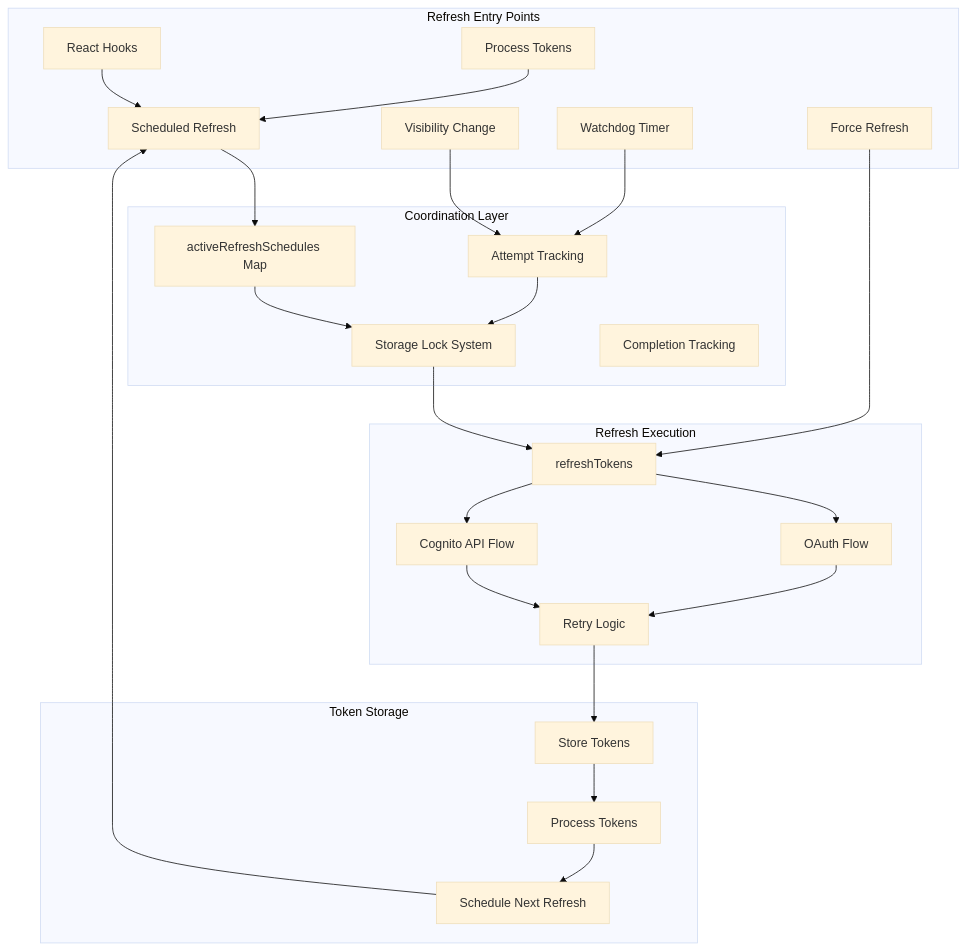
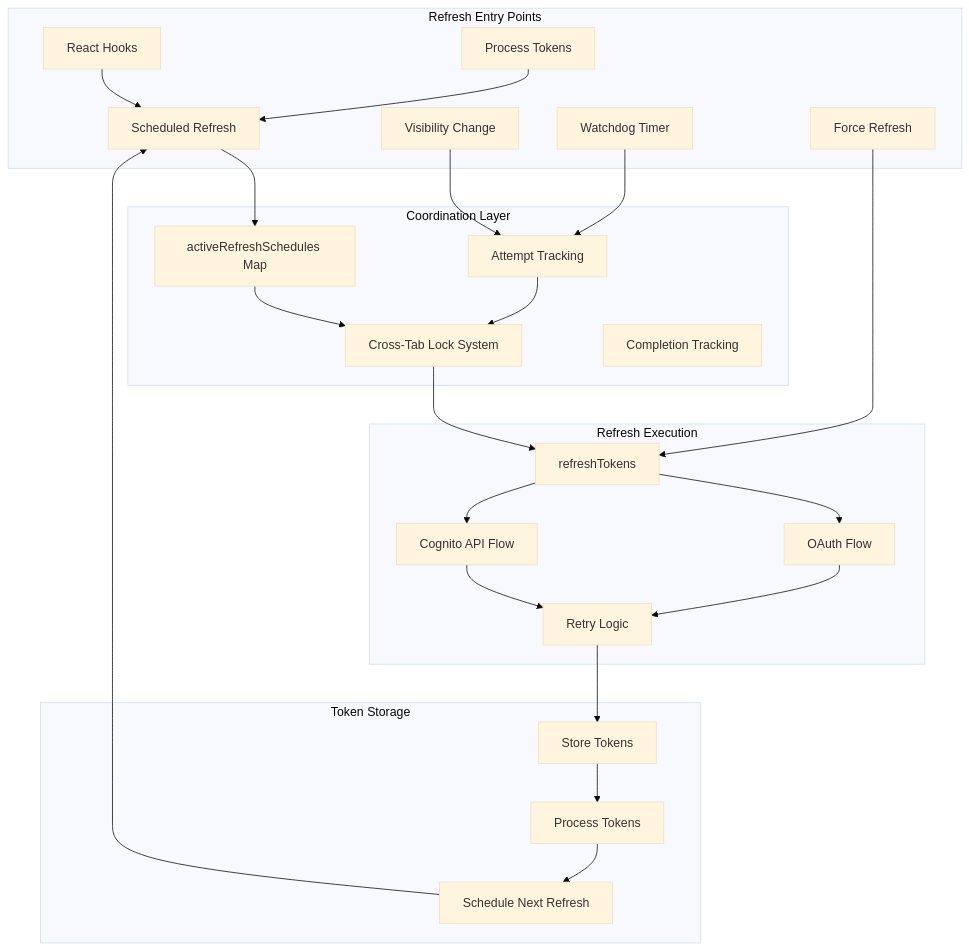
One commit to joinmeow/amazon-cognito-passwordless-auth changed the first of 2 diagrams in REFRESH.md. Above: the diagram before and after it, drawn with Mermaid (base theme). The commit also changed other lines of this file and 21 other files, not shown here.

````diff
--- a/REFRESH.md
+++ b/REFRESH.md
@@ -9,52 +9,52 @@
 ```mermaid
 graph TB
     subgraph "Refresh Entry Points"
         A1[Scheduled Refresh]
         A2[Visibility Change]
         A3[Watchdog Timer]
         A4[Force Refresh]
         A5[React Hooks]
         A6[Process Tokens]
     end
 
     subgraph "Coordination Layer"
         B1[activeRefreshSchedules Map]
-        B2[Storage Lock System]
+        B2[Cross-Tab Lock System]
         B3[Attempt Tracking]
         B4[Completion Tracking]
     end
 
     subgraph "Refresh Execution"
         C1[refreshTokens]
         C2[OAuth Flow]
         C3[Cognito API Flow]
         C4[Retry Logic]
     end
 
     subgraph "Token Storage"
         D1[Store Tokens]
         D2[Process Tokens]
         D3[Schedule Next Refresh]
     end
 
     A1 --> B1
     A2 --> B3
     A3 --> B3
     A4 --> C1
     A5 --> A1
     A6 --> A1
 
     B1 --> B2
     B3 --> B2
     B2 --> C1
 
     C1 --> C2
     C1 --> C3
     C2 --> C4
     C3 --> C4
 
     C4 --> D1
     D1 --> D2
     D2 --> D3
     D3 --> A1
 ```
````
